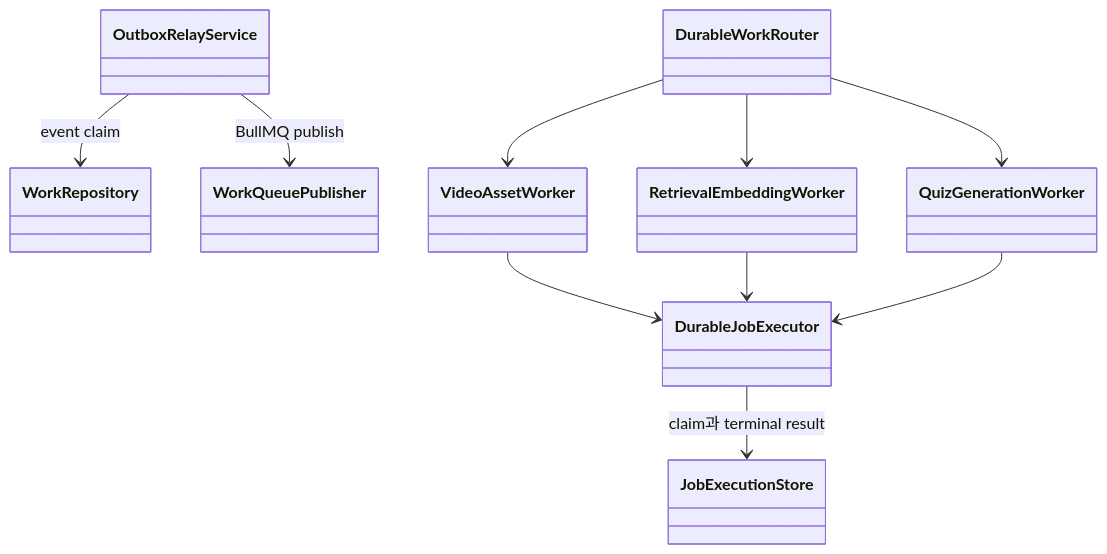
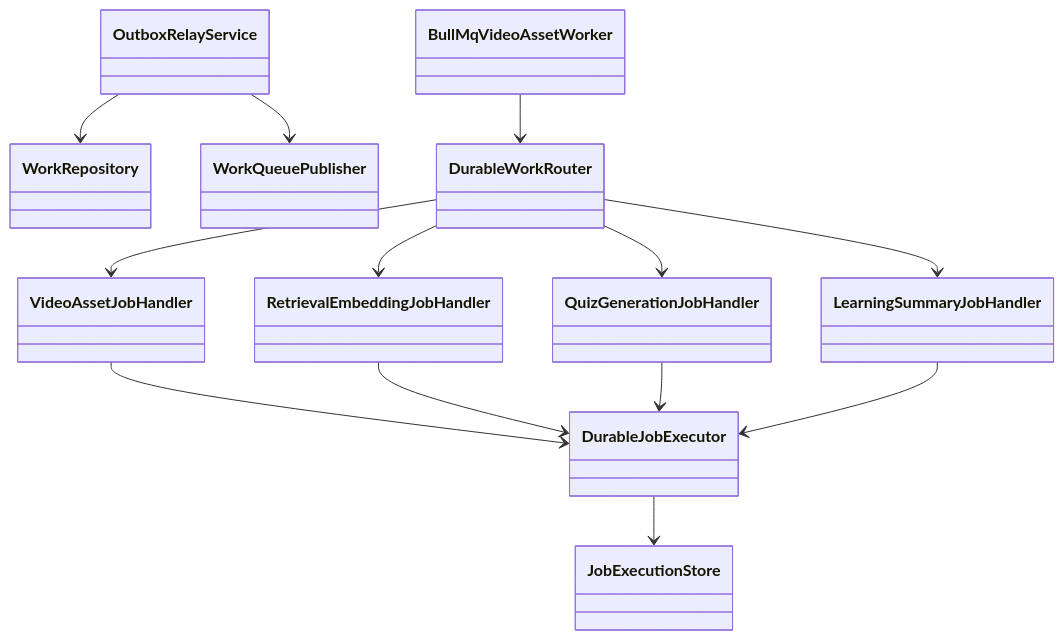
Before and after one commit to NearthYou/Studytube: the fifth of 8 diagrams in docs/architecture.md, drawn with Mermaid. The commit also changed other lines of this file and 8 other files, not shown here.

````diff
--- a/docs/architecture.md
+++ b/docs/architecture.md
@@ -73,22 +119,27 @@
 ```mermaid
 classDiagram
   class OutboxRelayService
   class WorkRepository
   class WorkQueuePublisher
+  class BullMqVideoAssetWorker
+  class DurableWorkRouter
   class DurableJobExecutor
   class JobExecutionStore
-  class DurableWorkRouter
-  class VideoAssetWorker
-  class RetrievalEmbeddingWorker
-  class QuizGenerationWorker
+  class VideoAssetJobHandler
+  class RetrievalEmbeddingJobHandler
+  class QuizGenerationJobHandler
+  class LearningSummaryJobHandler
 
-  OutboxRelayService --> WorkRepository : event claim
-  OutboxRelayService --> WorkQueuePublisher : BullMQ publish
-  VideoAssetWorker --> DurableJobExecutor
-  RetrievalEmbeddingWorker --> DurableJobExecutor
-  QuizGenerationWorker --> DurableJobExecutor
-  DurableJobExecutor --> JobExecutionStore : claim과 terminal result
-  DurableWorkRouter --> VideoAssetWorker
-  DurableWorkRouter --> RetrievalEmbeddingWorker
-  DurableWorkRouter --> QuizGenerationWorker
+  OutboxRelayService --> WorkRepository
+  OutboxRelayService --> WorkQueuePublisher
+  BullMqVideoAssetWorker --> DurableWorkRouter
+  DurableWorkRouter --> VideoAssetJobHandler
+  DurableWorkRouter --> RetrievalEmbeddingJobHandler
+  DurableWorkRouter --> QuizGenerationJobHandler
+  DurableWorkRouter --> LearningSummaryJobHandler
+  VideoAssetJobHandler --> DurableJobExecutor
+  RetrievalEmbeddingJobHandler --> DurableJobExecutor
+  QuizGenerationJobHandler --> DurableJobExecutor
+  LearningSummaryJobHandler --> DurableJobExecutor
+  DurableJobExecutor --> JobExecutionStore
 ```
````
